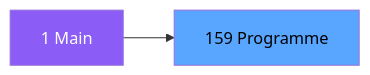
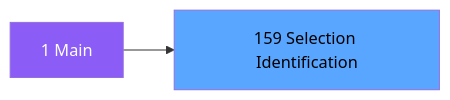
The second of 3 diagrams in .openspec/specs/ADH-IDE-159.md (thonyAGP/magic-migration), drawn with Mermaid before and after one commit. The commit also changed other lines of this file and 323 other files, not shown here.

````diff
--- a/.openspec/specs/ADH-IDE-159.md
+++ b/.openspec/specs/ADH-IDE-159.md
@@ -99,8 +125,8 @@
 ```mermaid
 graph LR
     M[1 Main]
-    T[159 Programme]
+    T[159 Selection Identification]
     M --> T
     style M fill:#8b5cf6,color:#fff
     style T fill:#58a6ff,color:#000
 ```
````
